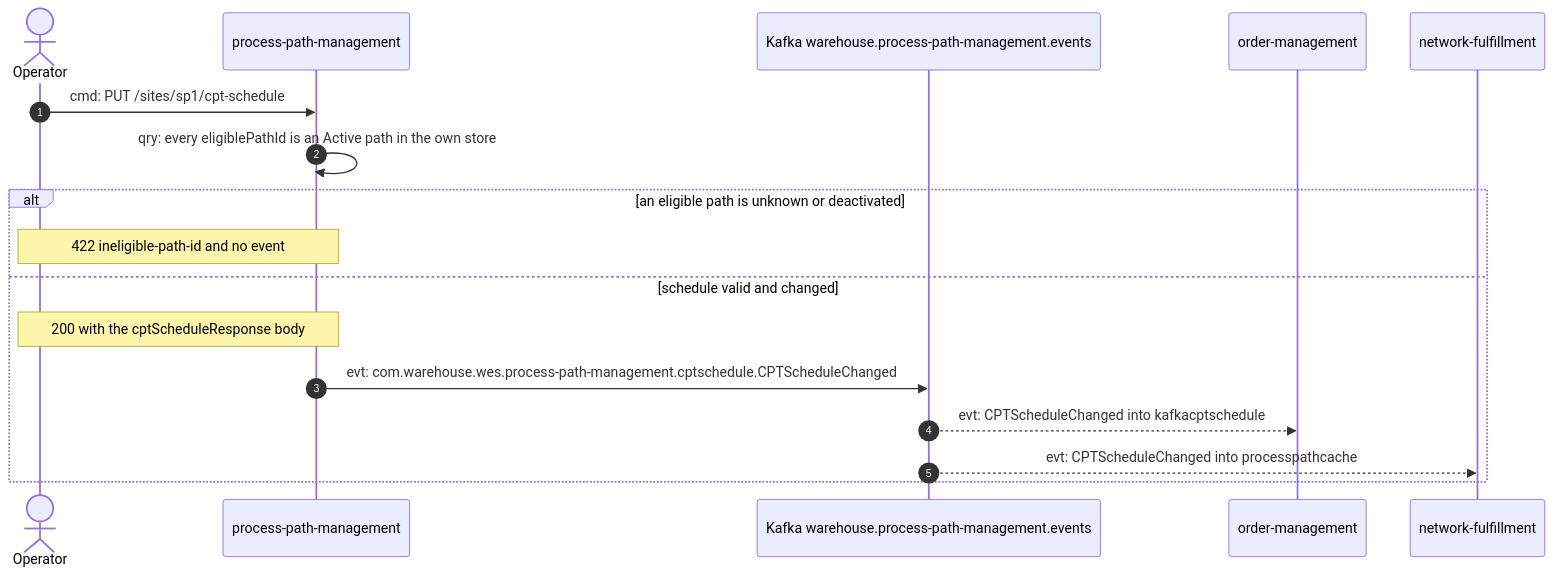
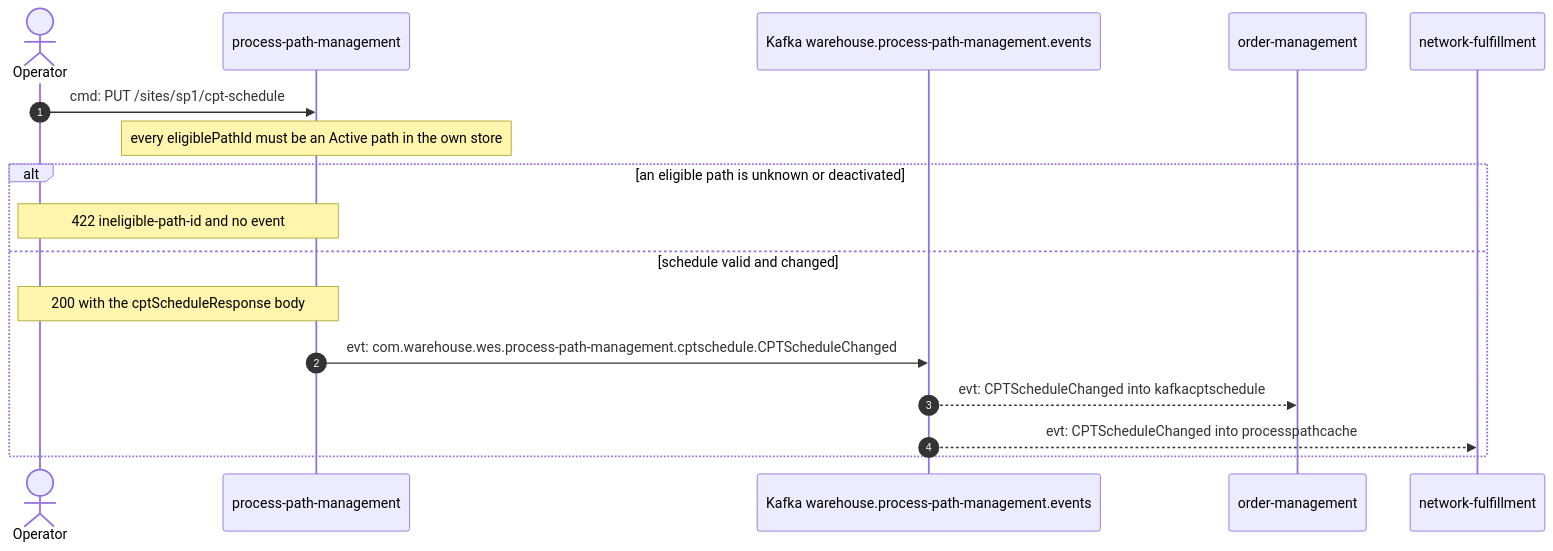
The third of 4 diagrams in docs/docs/ddd/domain-message-flow.md (IQVO/process-path-management), drawn with Mermaid before and after one commit. The commit also changed other lines of this file and 3 other files, not shown here.

````diff
--- a/docs/docs/ddd/domain-message-flow.md
+++ b/docs/docs/ddd/domain-message-flow.md
@@ -84,20 +85,20 @@
 ```mermaid
 sequenceDiagram
     autonumber
     actor Op as Operator
     participant PPM as process-path-management
     participant T as Kafka warehouse.process-path-management.events
     participant OM as order-management
     participant NF as network-fulfillment
 
     Op->>PPM: cmd: PUT /sites/sp1/cpt-schedule
-    PPM->>PPM: qry: every eligiblePathId is an Active path in the own store
+    Note over PPM: every eligiblePathId must be an Active path in the own store
     alt an eligible path is unknown or deactivated
         Note over Op,PPM: 422 ineligible-path-id and no event
     else schedule valid and changed
         Note over Op,PPM: 200 with the cptScheduleResponse body
         PPM->>T: evt: com.warehouse.wes.process-path-management.cptschedule.CPTScheduleChanged
         T-->>OM: evt: CPTScheduleChanged into kafkacptschedule
         T-->>NF: evt: CPTScheduleChanged into processpathcache
     end
 ```
````
